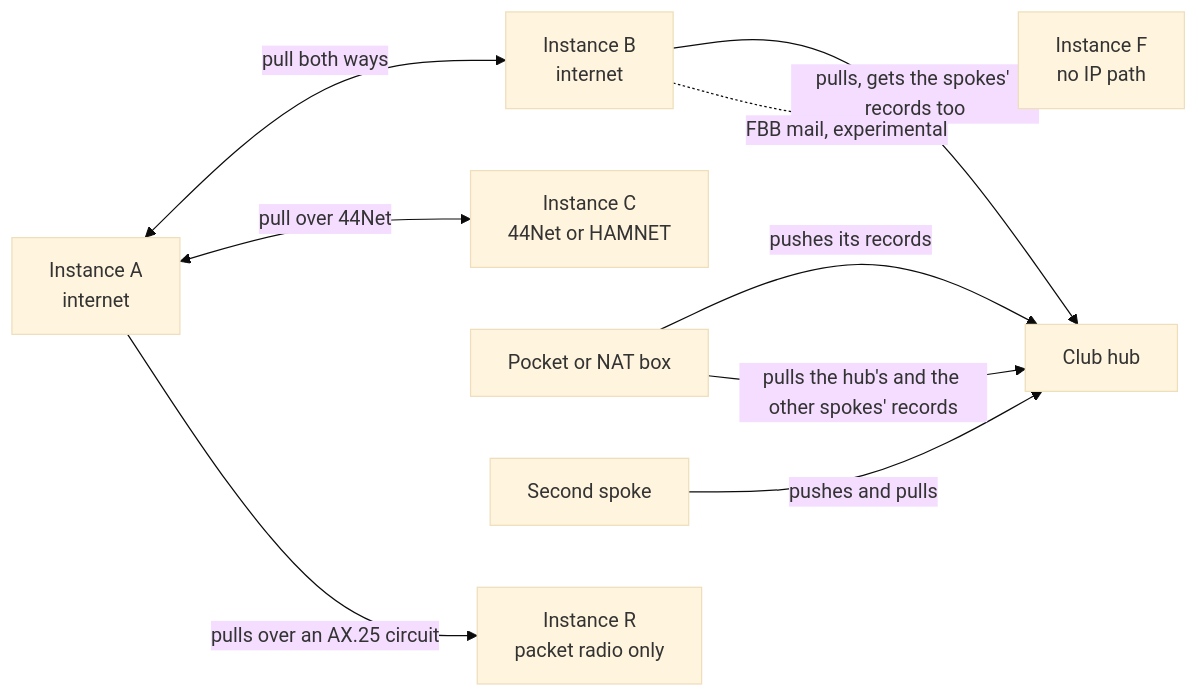
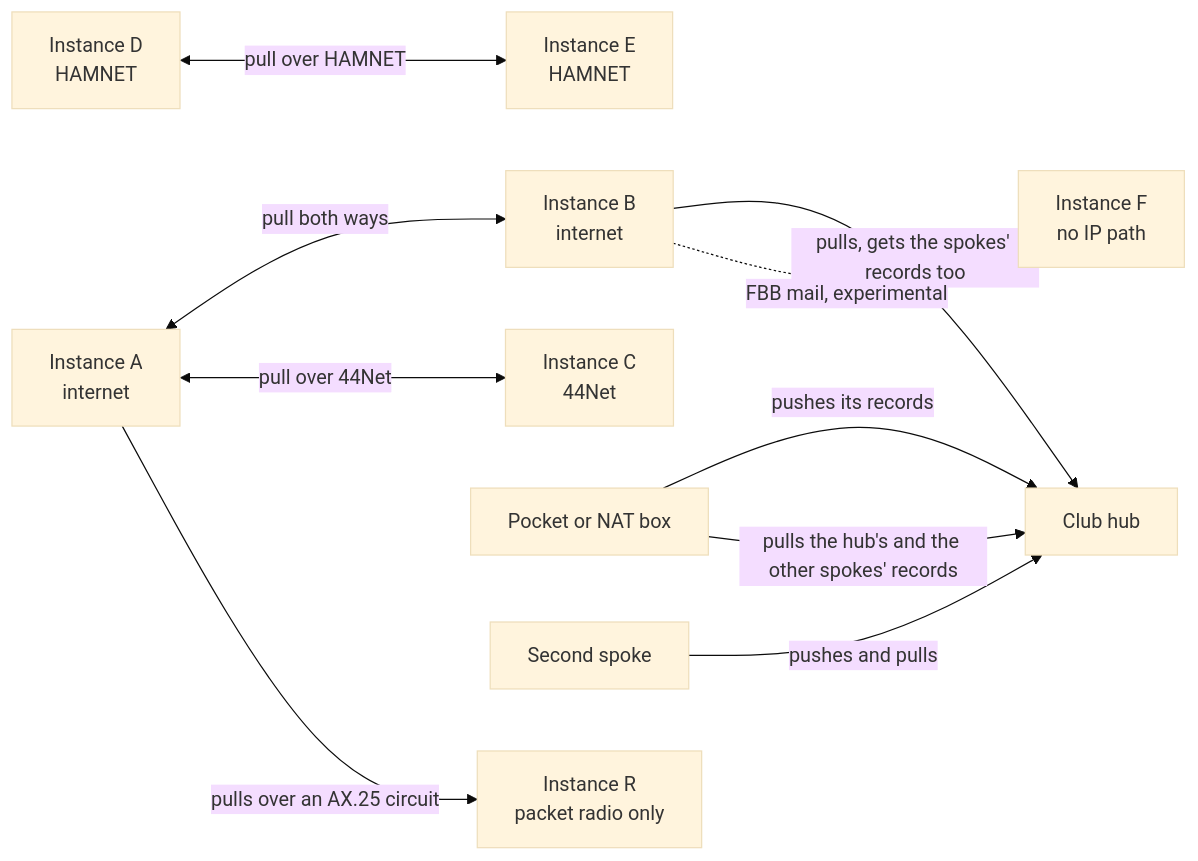
The first of 2 diagrams in docs/run/federation/how-it-works.md (apachler/aprscaching), drawn with Mermaid (base theme) before and after one commit. The commit also changed other lines of this file and 34 other files, not shown here.

````diff
--- a/docs/run/federation/how-it-works.md
+++ b/docs/run/federation/how-it-works.md
@@ -67,19 +67,22 @@
 ```mermaid
 flowchart LR
   A["Instance A<br/>internet"]
   B["Instance B<br/>internet"]
-  C["Instance C<br/>44Net or HAMNET"]
+  C["Instance C<br/>44Net"]
+  D["Instance D<br/>HAMNET"]
+  E["Instance E<br/>HAMNET"]
   H["Club hub"]
   P["Pocket or NAT box"]
   Q["Second spoke"]
   R["Instance R<br/>packet radio only"]
   F["Instance F<br/>no IP path"]
   A <-->|pull both ways| B
   A <-->|pull over 44Net| C
+  D <-->|pull over HAMNET| E
   B -->|pulls, gets the spokes' records too| H
   P -->|pushes its records| H
   P -->|pulls the hub's and the other spokes' records| H
   Q -->|pushes and pulls| H
   A -->|pulls over an AX.25 circuit| R
   B -.->|FBB mail, experimental| F
 ```
````
